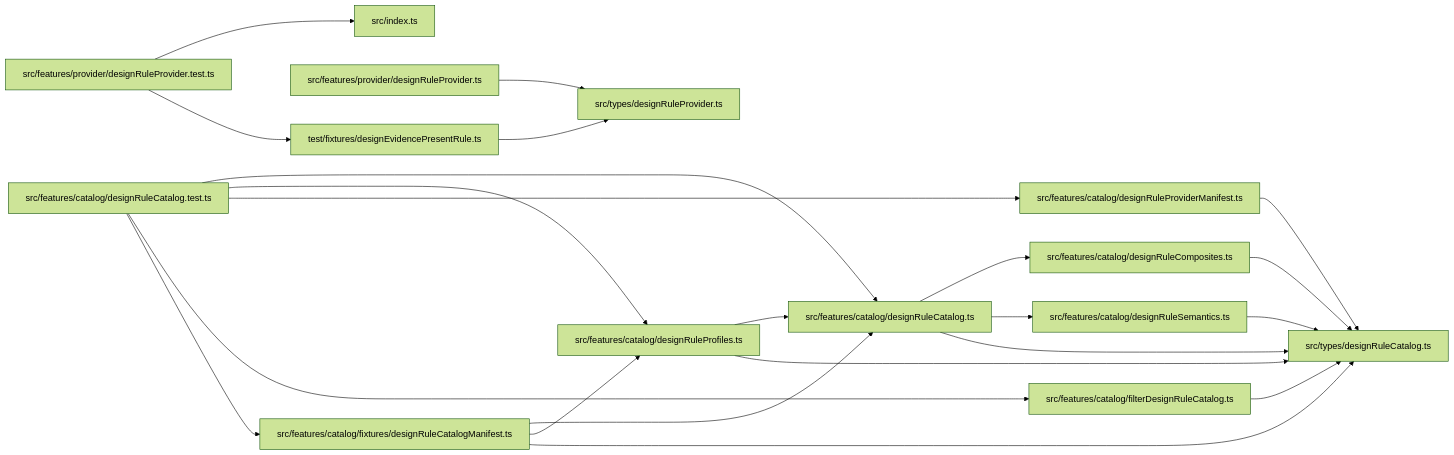
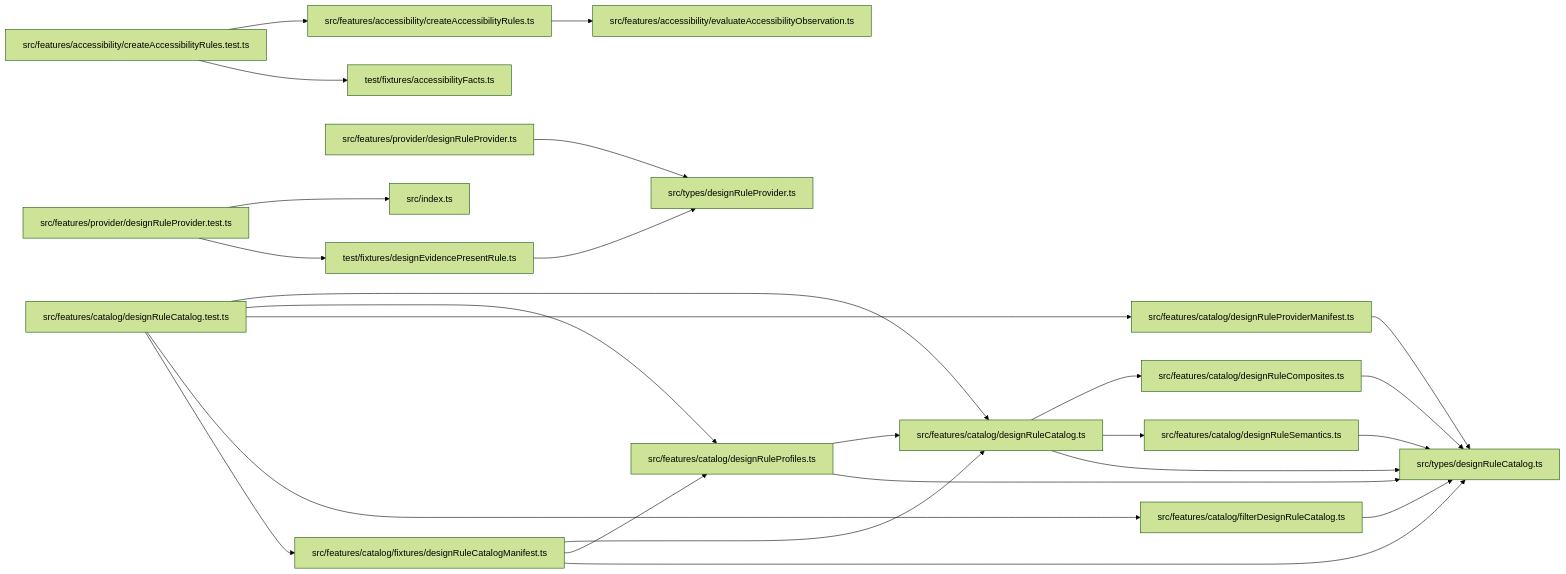
Before and after one commit to ankhorage/rules-design: the diagram in paradox/diagrams/module-relationships.mmd, drawn with Mermaid (forest theme). The commit also changed 9 other files, not shown here.

```diff
--- a/paradox/diagrams/module-relationships.mmd
+++ b/paradox/diagrams/module-relationships.mmd
@@ -1,36 +1,43 @@
 graph LR
+  module_src_features_accessibility_createAccessibilityRules_test_ts["src/features/accessibility/createAccessibilityRules.test.ts"]
+  module_src_features_accessibility_createAccessibilityRules_ts["src/features/accessibility/createAccessibilityRules.ts"]
+  module_src_features_accessibility_evaluateAccessibilityObservation_ts["src/features/accessibility/evaluateAccessibilityObservation.ts"]
   module_src_features_catalog_designRuleCatalog_test_ts["src/features/catalog/designRuleCatalog.test.ts"]
   module_src_features_catalog_designRuleCatalog_ts["src/features/catalog/designRuleCatalog.ts"]
   module_src_features_catalog_designRuleComposites_ts["src/features/catalog/designRuleComposites.ts"]
   module_src_features_catalog_designRuleProfiles_ts["src/features/catalog/designRuleProfiles.ts"]
   module_src_features_catalog_designRuleProviderManifest_ts["src/features/catalog/designRuleProviderManifest.ts"]
   module_src_features_catalog_designRuleSemantics_ts["src/features/catalog/designRuleSemantics.ts"]
   module_src_features_catalog_filterDesignRuleCatalog_ts["src/features/catalog/filterDesignRuleCatalog.ts"]
   module_src_features_catalog_fixtures_designRuleCatalogManifest_ts["src/features/catalog/fixtures/designRuleCatalogManifest.ts"]
   module_src_features_provider_designRuleProvider_test_ts["src/features/provider/designRuleProvider.test.ts"]
   module_src_features_provider_designRuleProvider_ts["src/features/provider/designRuleProvider.ts"]
   module_src_index_ts["src/index.ts"]
   module_src_types_designRuleCatalog_ts["src/types/designRuleCatalog.ts"]
   module_src_types_designRuleProvider_ts["src/types/designRuleProvider.ts"]
+  module_test_fixtures_accessibilityFacts_ts["test/fixtures/accessibilityFacts.ts"]
   module_test_fixtures_designEvidencePresentRule_ts["test/fixtures/designEvidencePresentRule.ts"]
+  module_src_features_accessibility_createAccessibilityRules_test_ts --> module_src_features_accessibility_createAccessibilityRules_ts
+  module_src_features_accessibility_createAccessibilityRules_test_ts --> module_test_fixtures_accessibilityFacts_ts
+  module_src_features_accessibility_createAccessibilityRules_ts --> module_src_features_accessibility_evaluateAccessibilityObservation_ts
   module_src_features_catalog_designRuleCatalog_test_ts --> module_src_features_catalog_designRuleCatalog_ts
   module_src_features_catalog_designRuleCatalog_test_ts --> module_src_features_catalog_designRuleProfiles_ts
   module_src_features_catalog_designRuleCatalog_test_ts --> module_src_features_catalog_designRuleProviderManifest_ts
   module_src_features_catalog_designRuleCatalog_test_ts --> module_src_features_catalog_filterDesignRuleCatalog_ts
   module_src_features_catalog_designRuleCatalog_test_ts --> module_src_features_catalog_fixtures_designRuleCatalogManifest_ts
   module_src_features_catalog_designRuleCatalog_ts --> module_src_features_catalog_designRuleComposites_ts
   module_src_features_catalog_designRuleCatalog_ts --> module_src_features_catalog_designRuleSemantics_ts
   module_src_features_catalog_designRuleCatalog_ts --> module_src_types_designRuleCatalog_ts
   module_src_features_catalog_designRuleComposites_ts --> module_src_types_designRuleCatalog_ts
   module_src_features_catalog_designRuleProfiles_ts --> module_src_features_catalog_designRuleCatalog_ts
   module_src_features_catalog_designRuleProfiles_ts --> module_src_types_designRuleCatalog_ts
   module_src_features_catalog_designRuleProviderManifest_ts --> module_src_types_designRuleCatalog_ts
   module_src_features_catalog_designRuleSemantics_ts --> module_src_types_designRuleCatalog_ts
   module_src_features_catalog_filterDesignRuleCatalog_ts --> module_src_types_designRuleCatalog_ts
   module_src_features_catalog_fixtures_designRuleCatalogManifest_ts --> module_src_features_catalog_designRuleCatalog_ts
   module_src_features_catalog_fixtures_designRuleCatalogManifest_ts --> module_src_features_catalog_designRuleProfiles_ts
   module_src_features_catalog_fixtures_designRuleCatalogManifest_ts --> module_src_types_designRuleCatalog_ts
   module_src_features_provider_designRuleProvider_test_ts --> module_src_index_ts
   module_src_features_provider_designRuleProvider_test_ts --> module_test_fixtures_designEvidencePresentRule_ts
   module_src_features_provider_designRuleProvider_ts --> module_src_types_designRuleProvider_ts
   module_test_fixtures_designEvidencePresentRule_ts --> module_src_types_designRuleProvider_ts
```
